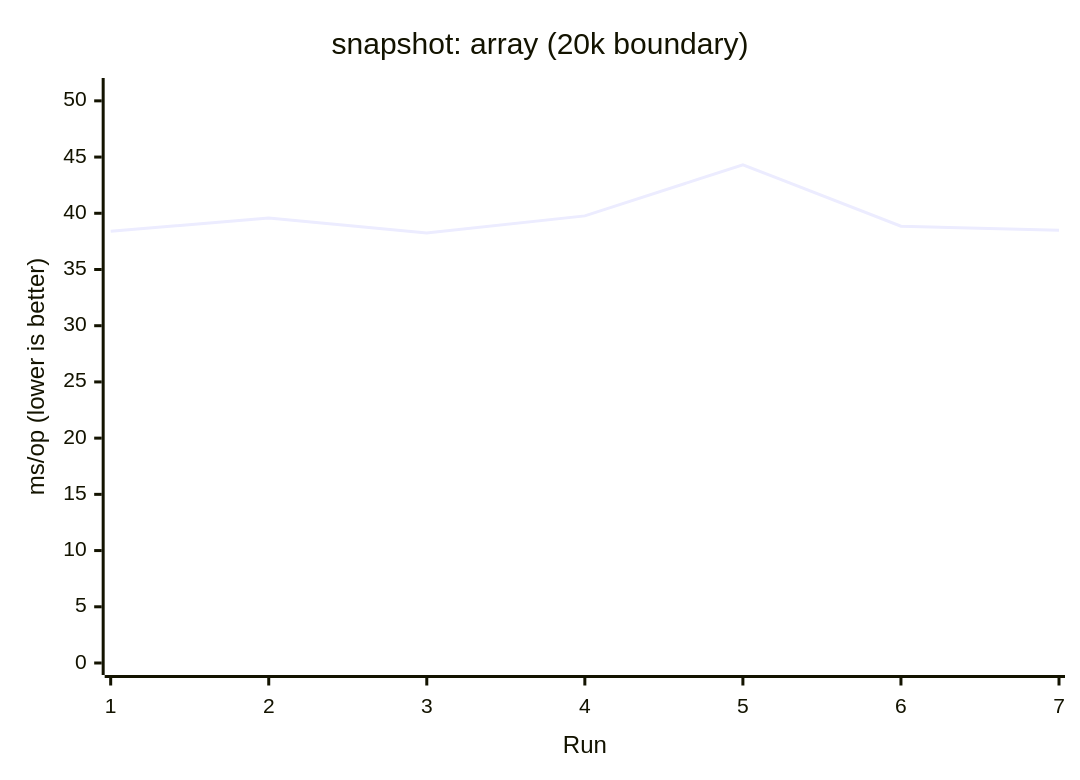
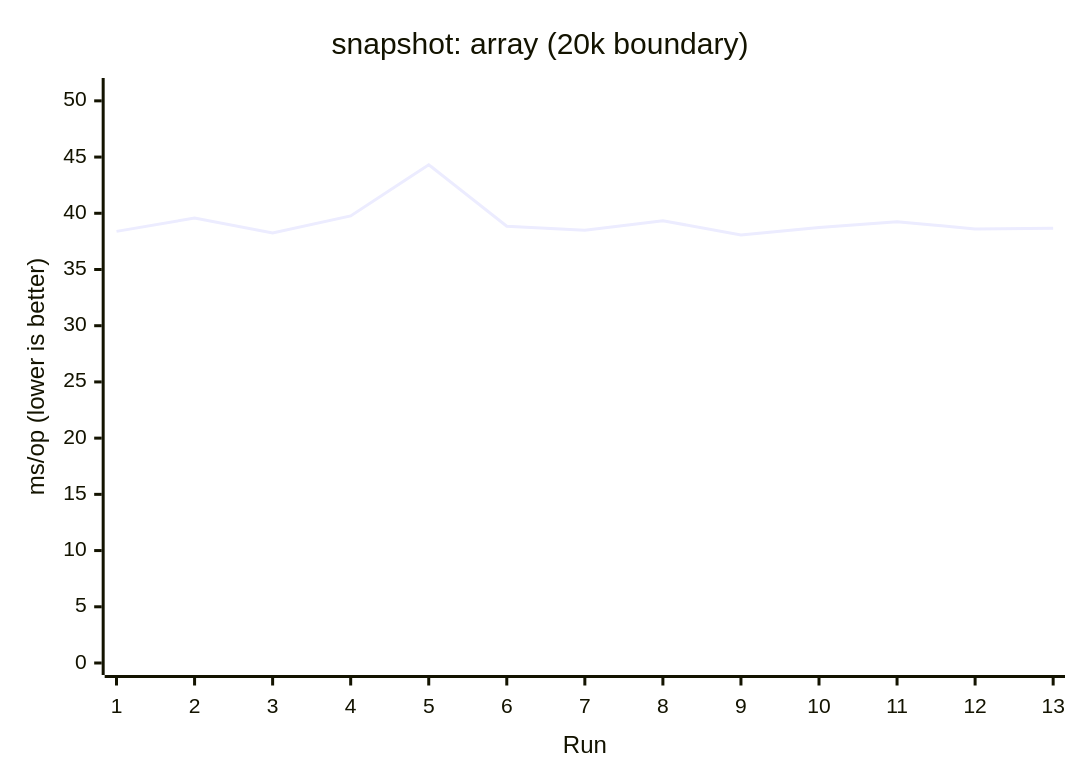
The first of 17 diagrams in apps/docs/src/content/docs/en/guides/benchmark.mdx (AIluffy/io), drawn with Mermaid before and after one commit. The commit also changed other lines of this file and 11 other files, not shown here.

````diff
--- a/apps/docs/src/content/docs/en/guides/benchmark.mdx
+++ b/apps/docs/src/content/docs/en/guides/benchmark.mdx
@@ -92,7 +179,7 @@
 ```mermaid
 xychart-beta
   title "snapshot: array (20k boundary)"
-  x-axis "Run" [1, 2, 3, 4, 5, 6, 7]
+  x-axis "Run" [1, 2, 3, 4, 5, 6, 7, 8, 9, 10, 11, 12, 13]
   y-axis "ms/op (lower is better)" 0 --> 50.9648
-  line [38.3919, 39.5763, 38.256, 39.7677, 44.3172, 38.8518, 38.4879]
+  line [38.3919, 39.5763, 38.256, 39.7677, 44.3172, 38.8518, 38.4879, 39.3373, 38.0714, 38.7314, 39.2405, 38.6115, 38.6693]
 ```
````
